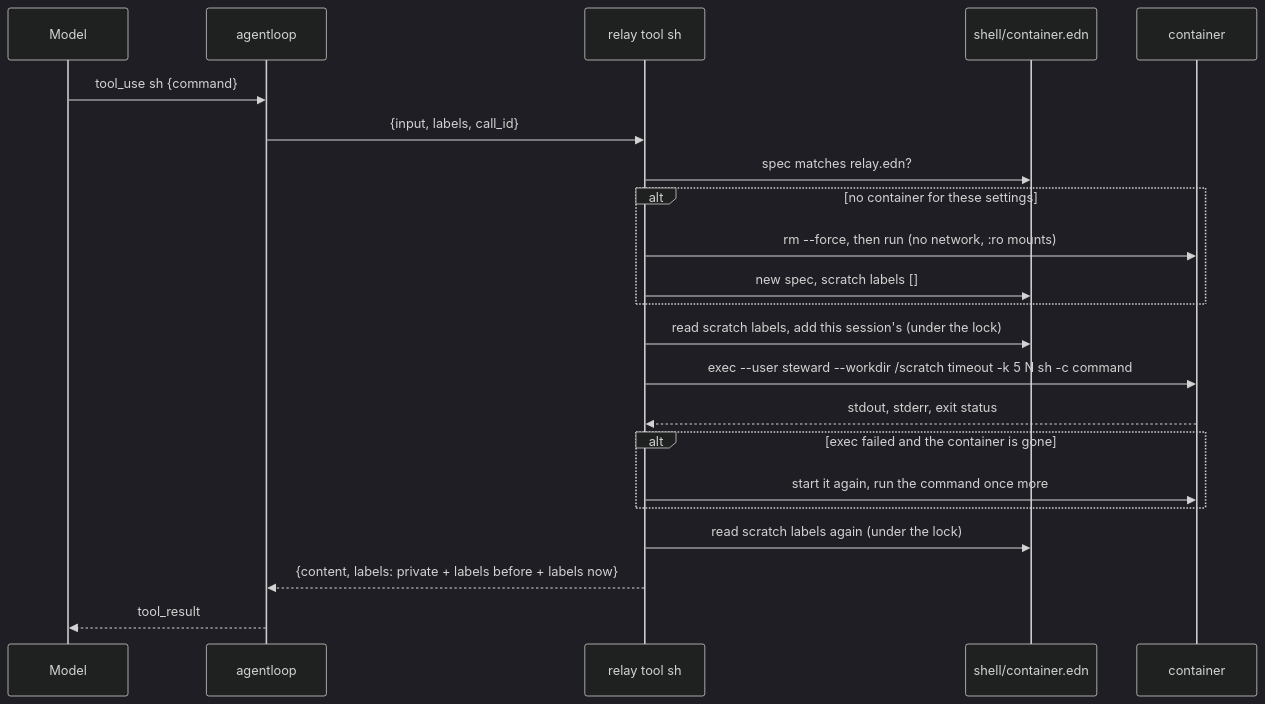
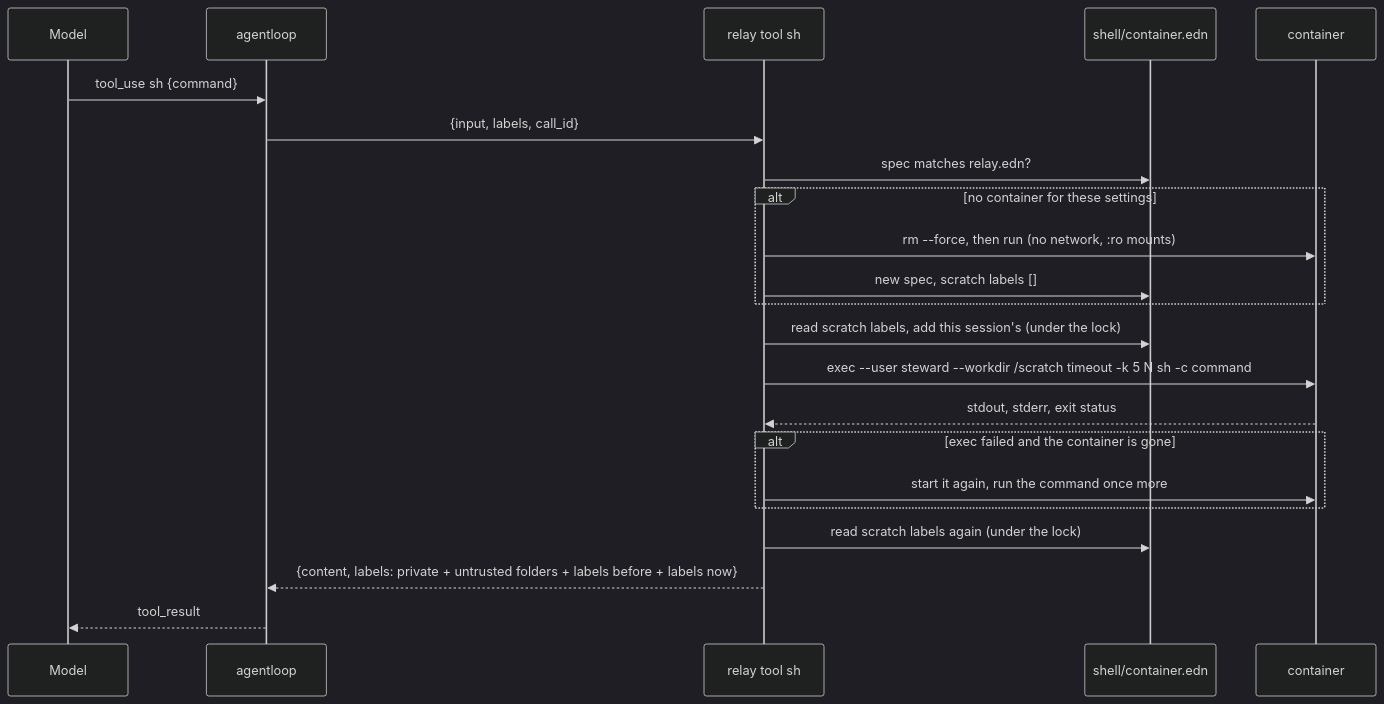
Before and after one commit to kirahowe/relay: the third of 6 diagrams in docs/house-shell.md, drawn with Mermaid (dark theme). The commit also changed other lines of this file and 14 other files, not shown here.

````diff
--- a/docs/house-shell.md
+++ b/docs/house-shell.md
@@ -87,24 +87,24 @@
 ```mermaid
 sequenceDiagram
   participant M as Model
   participant A as agentloop
   participant R as relay tool sh
   participant S as shell/container.edn
   participant C as container
   M->>A: tool_use sh {command}
   A->>R: {input, labels, call_id}
   R->>S: spec matches relay.edn?
   alt no container for these settings
     R->>C: rm --force, then run (no network, :ro mounts)
     R->>S: new spec, scratch labels []
   end
   R->>S: read scratch labels, add this session's (under the lock)
   R->>C: exec --user steward --workdir /scratch timeout -k 5 N sh -c command
   C-->>R: stdout, stderr, exit status
   alt exec failed and the container is gone
     R->>C: start it again, run the command once more
   end
   R->>S: read scratch labels again (under the lock)
-  R-->>A: {content, labels: private + labels before + labels now}
+  R-->>A: {content, labels: private + untrusted folders + labels before + labels now}
   A-->>M: tool_result
 ```
````
